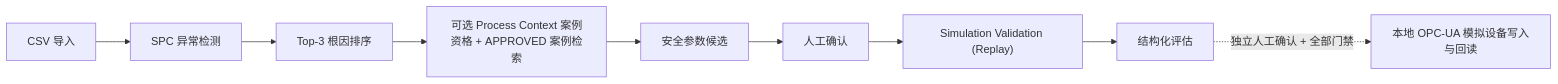
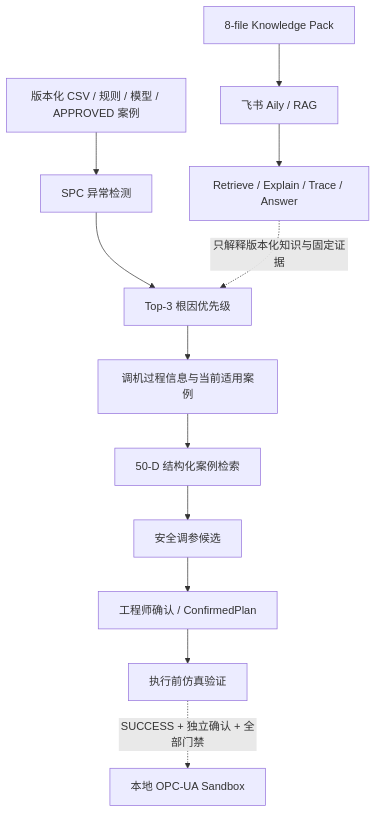
Before and after one commit to gakialter/TuneWise: the diagram in README.md, drawn with Mermaid. The commit also changed other lines of this file and 4 other files, not shown here.

````diff
--- a/README.md
+++ b/README.md
@@ -36,11 +87,15 @@
 ```mermaid
-flowchart LR
-    A["CSV 导入"] --> B["SPC 异常检测"]
-    B --> C["Top-3 根因排序"]
-    C --> D["可选 Process Context 案例资格 + APPROVED 案例检索"]
-    D --> E["安全参数候选"]
-    E --> F["人工确认"]
-    F --> G["Simulation Validation (Replay)"]
-    G --> H["结构化评估"]
-    H -. "独立人工确认 + 全部门禁" .-> I["本地 OPC-UA 模拟设备写入与回读"]
+flowchart TB
+    DATA["版本化 CSV / 规则 / 模型 / APPROVED 案例"] --> SPC["SPC 异常检测"]
+    SPC --> DIAG["Top-3 根因优先级"]
+    DIAG --> CONTEXT["调机过程信息与当前适用案例"]
+    CONTEXT --> RETRIEVAL["50-D 结构化案例检索"]
+    RETRIEVAL --> PLAN["安全调参候选"]
+    PLAN --> CONFIRM["工程师确认 / ConfirmedPlan"]
+    CONFIRM --> SIM["执行前仿真验证"]
+    SIM -. "SUCCESS + 独立确认 + 全部门禁" .-> OPCUA["本地 OPC-UA Sandbox"]
+
+    KNOWLEDGE["8-file Knowledge Pack"] --> RAG["飞书 Aily / RAG"]
+    RAG --> EXPLAIN["Retrieve / Explain / Trace / Answer"]
+    EXPLAIN -. "只解释版本化知识与固定证据" .-> DIAG
 ```
````
